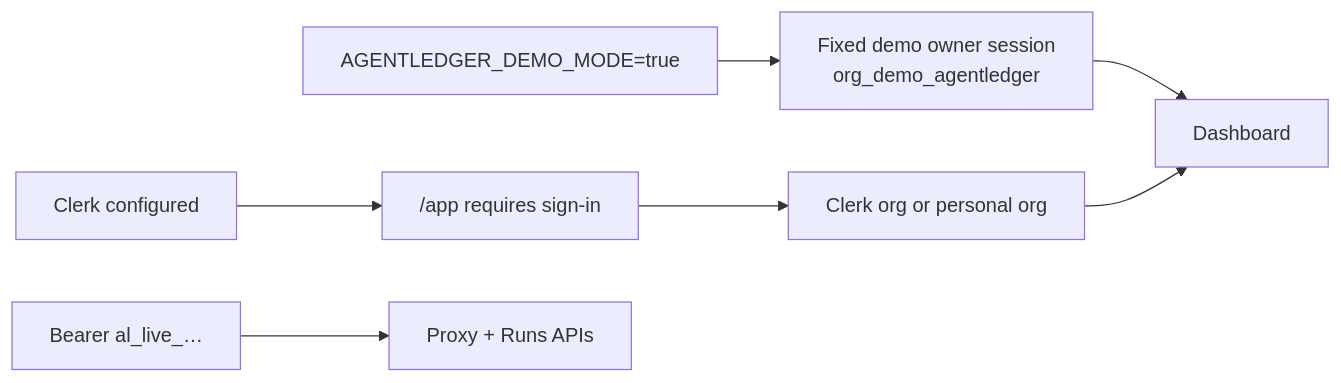
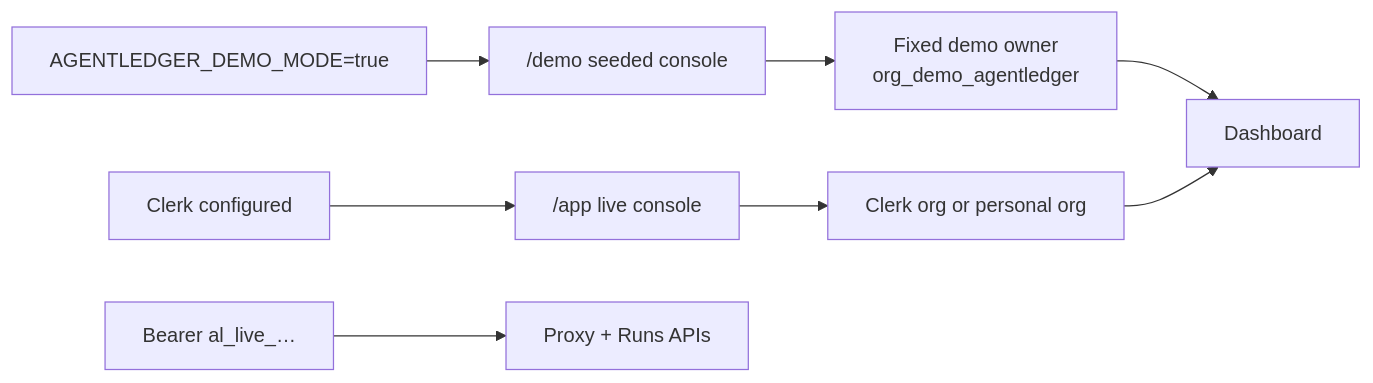
One commit to a-n-oss/AgentLedger changed the fourth of 4 diagrams in README.md. Above: the diagram before and after it, drawn with Mermaid. The commit also changed other lines of this file and 19 other files, not shown here.

First line of the commit message:
Scope seeded demo to /demo and keep /app Clerk-only.

````diff
--- a/README.md
+++ b/README.md
@@ -295,9 +295,10 @@
 ```mermaid
 flowchart LR
-  Demo["AGENTLEDGER_DEMO_MODE=true"] --> DemoSession["Fixed demo owner session\norg_demo_agentledger"]
-  Clerk["Clerk configured"] --> Protect["/app requires sign-in"]
-  Protect --> Org["Clerk org or personal org"]
+  DemoFlag["AGENTLEDGER_DEMO_MODE=true"] --> DemoPath["/demo seeded console"]
+  DemoPath --> DemoSession["Fixed demo owner\norg_demo_agentledger"]
+  Clerk["Clerk configured"] --> AppPath["/app live console"]
+  AppPath --> Org["Clerk org or personal org"]
   DemoSession --> Dashboard
   Org --> Dashboard
   APIKey["Bearer al_live_…"] --> ProxyAndRuns["Proxy + Runs APIs"]
 ```
````
